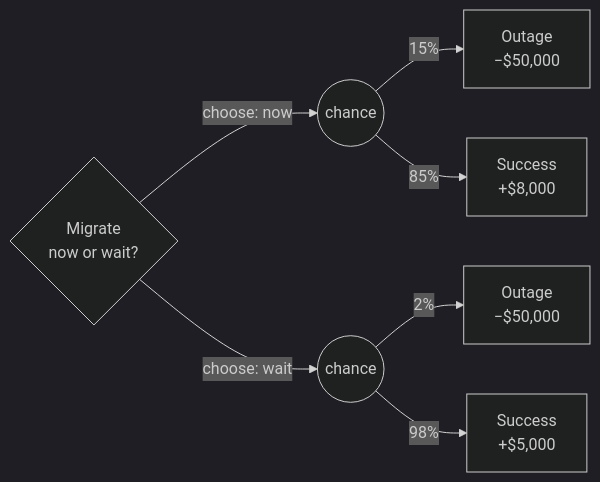
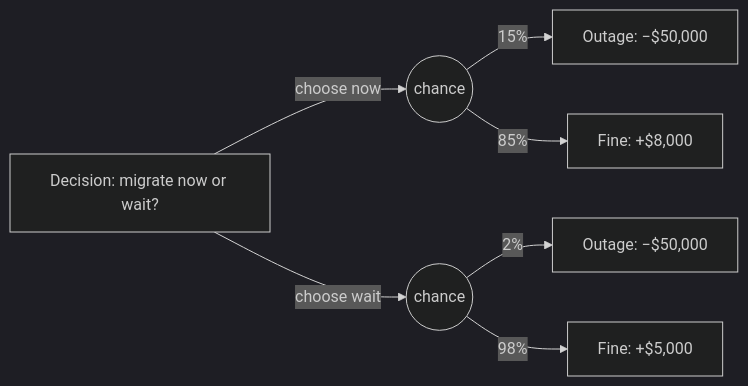
The first of 2 diagrams in src/content/applied-math/expected-value/L2-concept.mdx (francoandreDev/knowledge), drawn with Mermaid (dark theme) before and after one commit. The commit also changed other lines of this file and 3 other files, not shown here.

````diff
--- a/src/content/applied-math/expected-value/L2-concept.mdx
+++ b/src/content/applied-math/expected-value/L2-concept.mdx
@@ -30,10 +26,10 @@
 ```mermaid
 flowchart LR
-    D{"Migrate\nnow or wait?"}
-    D -->|"choose: now"| CN(("chance"))
-    D -->|"choose: wait"| CW(("chance"))
-    CN -->|"15%"| FN["Outage\n−$50,000"]
-    CN -->|"85%"| SN["Success\n+$8,000"]
-    CW -->|"2%"| FW["Outage\n−$50,000"]
-    CW -->|"98%"| SW["Success\n+$5,000"]
+    D["Decision: migrate now or wait?"]
+    D -->|"choose now"| CN(("chance"))
+    D -->|"choose wait"| CW(("chance"))
+    CN -->|"15%"| FN["Outage: −$50,000"]
+    CN -->|"85%"| SN["Fine: +$8,000"]
+    CW -->|"2%"| FW["Outage: −$50,000"]
+    CW -->|"98%"| SW["Fine: +$5,000"]
 ```
````
